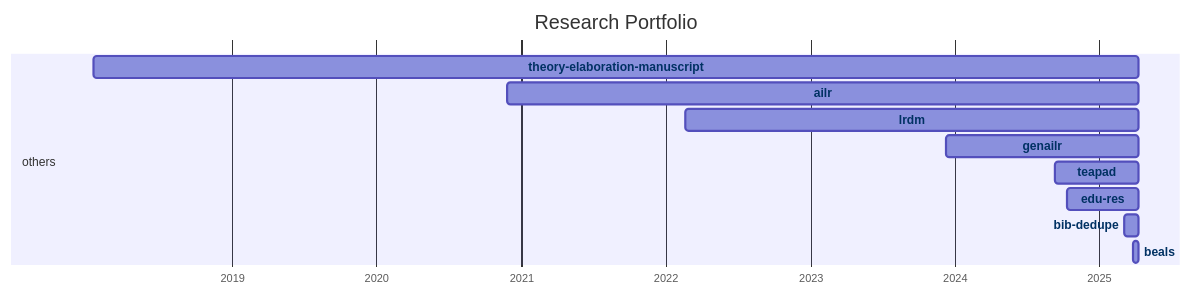
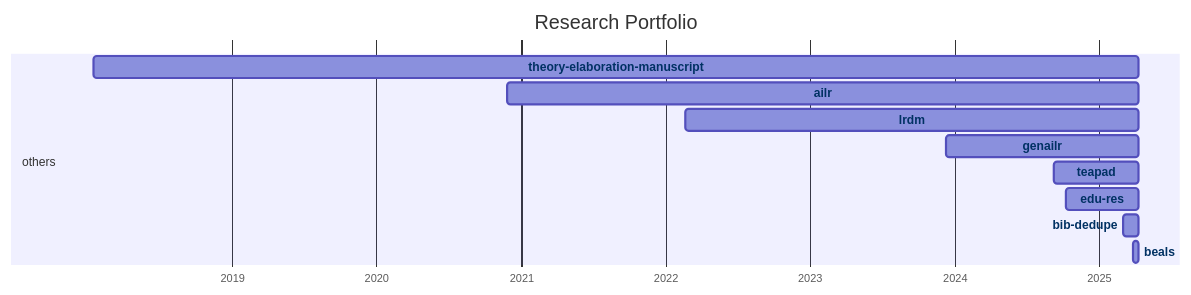
Before and after one commit to digital-work-lab/handbook: the diagram in docs/20-research/25-projects-gantt.md, drawn with Mermaid.

Commit message:
Update repository overview

````diff
--- a/docs/20-research/25-projects-gantt.md
+++ b/docs/20-research/25-projects-gantt.md
@@ -8,35 +8,35 @@
 ```mermaid
 ---
 displayMode: compact
 ---
 gantt
 title Research Portfolio
 dateFormat YYYY-MM-DD
 axisFormat %Y
 
     section work_practices
 
     section distributed_organizing
 
     section knowledge_synthesis
 
     section others
-        beals :beals, 2025-03-28, 2025-04-10
-        bib-dedupe :bib-dedupe, 2025-03-04, 2025-04-10
-        edu-res :edu-res, 2024-10-10, 2025-04-10
-        teapad :teapad, 2024-09-10, 2025-04-10
-        genailr :genailr, 2023-12-10, 2025-04-10
-        lrdm :lrdm, 2022-02-20, 2025-04-10
-        ailr :ailr, 2020-11-26, 2025-04-10
-        theory-elaboration-manuscript :theory-elaboration-manuscript, 2018-01-15, 2025-04-10
+        beals :beals, 2025-03-28, 2025-04-11
+        bib-dedupe :bib-dedupe, 2025-03-04, 2025-04-11
+        edu-res :edu-res, 2024-10-10, 2025-04-11
+        teapad :teapad, 2024-09-10, 2025-04-11
+        genailr :genailr, 2023-12-10, 2025-04-11
+        lrdm :lrdm, 2022-02-20, 2025-04-11
+        ailr :ailr, 2020-11-26, 2025-04-11
+        theory-elaboration-manuscript :theory-elaboration-manuscript, 2018-01-15, 2025-04-11
 
 
     click beals href "{{ site.baseurl }}/docs/20-research/25-projects/_repos/beals"
     click bib-dedupe href "{{ site.baseurl }}/docs/20-research/25-projects/_repos/bib-dedupe"
     click edu-res href "{{ site.baseurl }}/docs/20-research/25-projects/_repos/edu-res"
     click teapad href "{{ site.baseurl }}/docs/20-research/25-projects/_repos/teapad"
     click genailr href "{{ site.baseurl }}/docs/20-research/25-projects/_repos/genailr"
     click lrdm href "{{ site.baseurl }}/docs/20-research/25-projects/_repos/lrdm"
     click ailr href "{{ site.baseurl }}/docs/20-research/25-projects/_repos/ailr"
     click theory-elaboration-manuscript href "{{ site.baseurl }}/docs/20-research/25-projects/_repos/theory-elaboration-manuscript"
 ```
````
